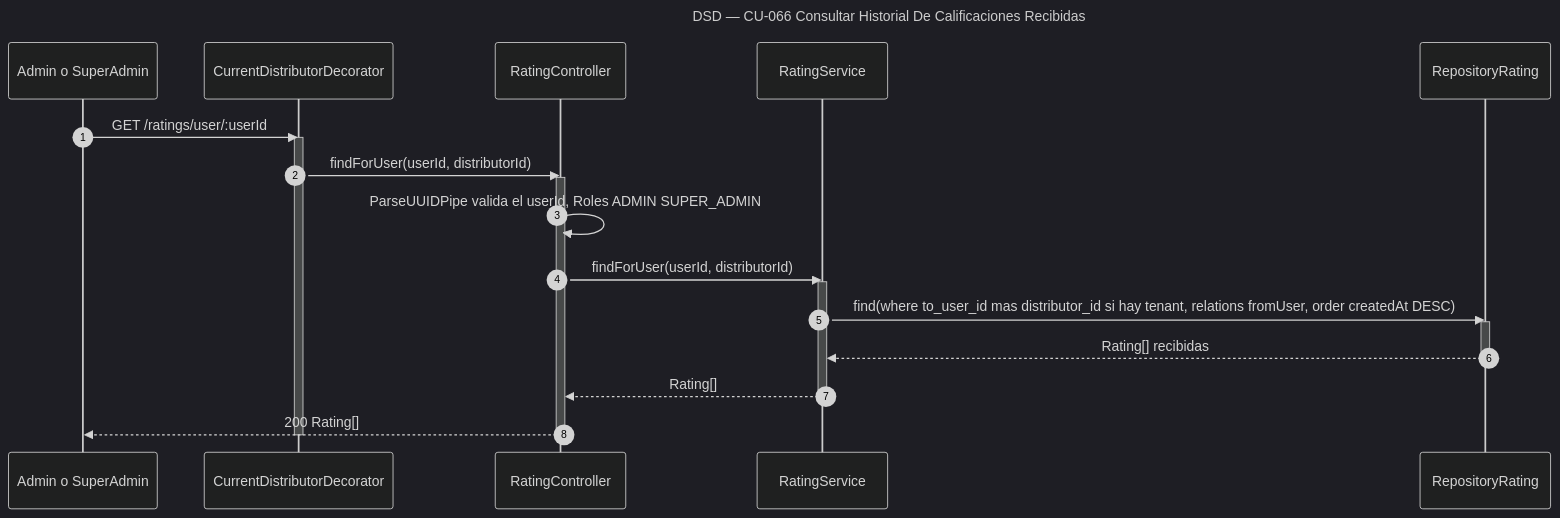
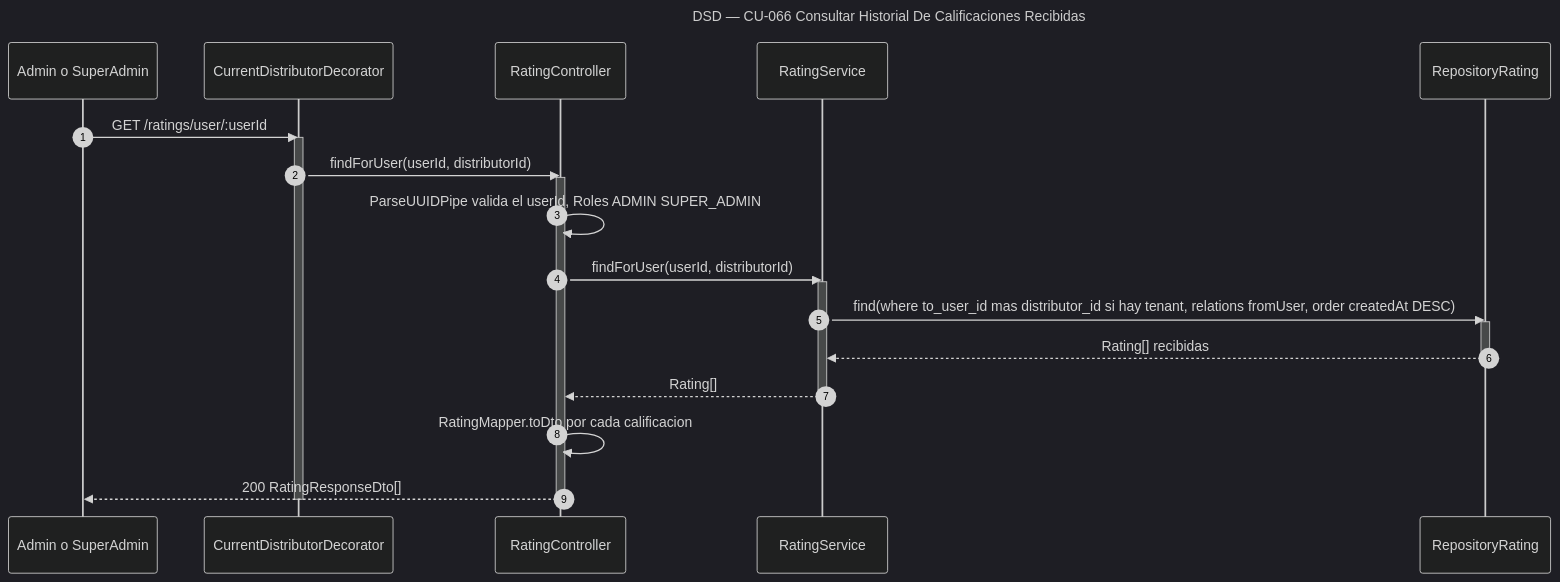
One commit to Nahuelito-Dev/splg-docs changed the diagram in diagramas/DSD_CU-066_Consultar-Historial-De-Calificaciones-Recibidas.mmd. Above: the diagram before and after it, drawn with Mermaid (dark theme). The commit also changed 3 other files, not shown here.

```diff
--- a/diagramas/DSD_CU-066_Consultar-Historial-De-Calificaciones-Recibidas.mmd
+++ b/diagramas/DSD_CU-066_Consultar-Historial-De-Calificaciones-Recibidas.mmd
@@ -1,25 +1,26 @@
 sequenceDiagram
     title DSD — CU-066 Consultar Historial De Calificaciones Recibidas
     autonumber
     participant ADM as Admin o SuperAdmin
     participant DEC as CurrentDistributorDecorator
     participant CTRL as RatingController
     participant SRV as RatingService
     participant RREP as RepositoryRating
 
     ADM->>DEC: GET /ratings/user/:userId
     activate DEC
     DEC->>CTRL: findForUser(userId, distributorId)
     activate CTRL
     CTRL->>CTRL: ParseUUIDPipe valida el userId, Roles ADMIN SUPER_ADMIN
     CTRL->>SRV: findForUser(userId, distributorId)
     activate SRV
     SRV->>RREP: find(where to_user_id mas distributor_id si hay tenant, relations fromUser, order createdAt DESC)
     activate RREP
     RREP-->>SRV: Rating[] recibidas
     deactivate RREP
     SRV-->>CTRL: Rating[]
     deactivate SRV
-    CTRL-->>ADM: 200 Rating[]
+    CTRL->>CTRL: RatingMapper.toDto por cada calificacion
+    CTRL-->>ADM: 200 RatingResponseDto[]
     deactivate CTRL
     deactivate DEC
```
